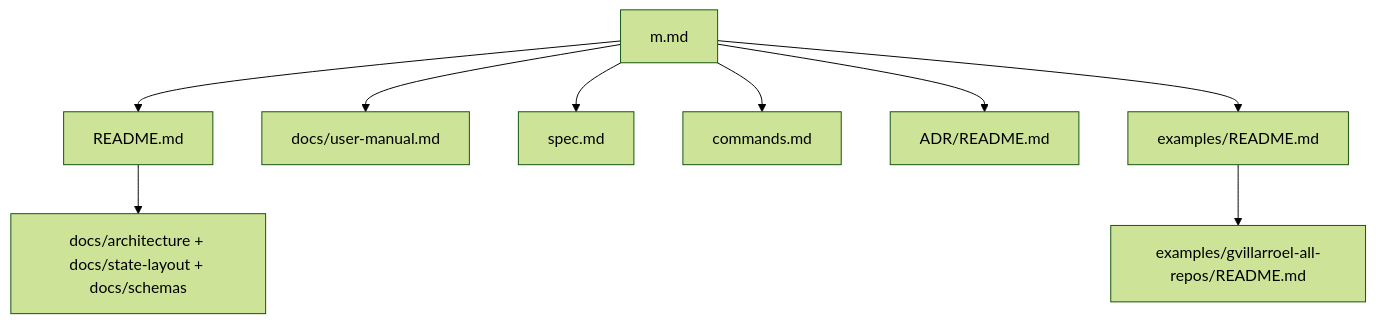
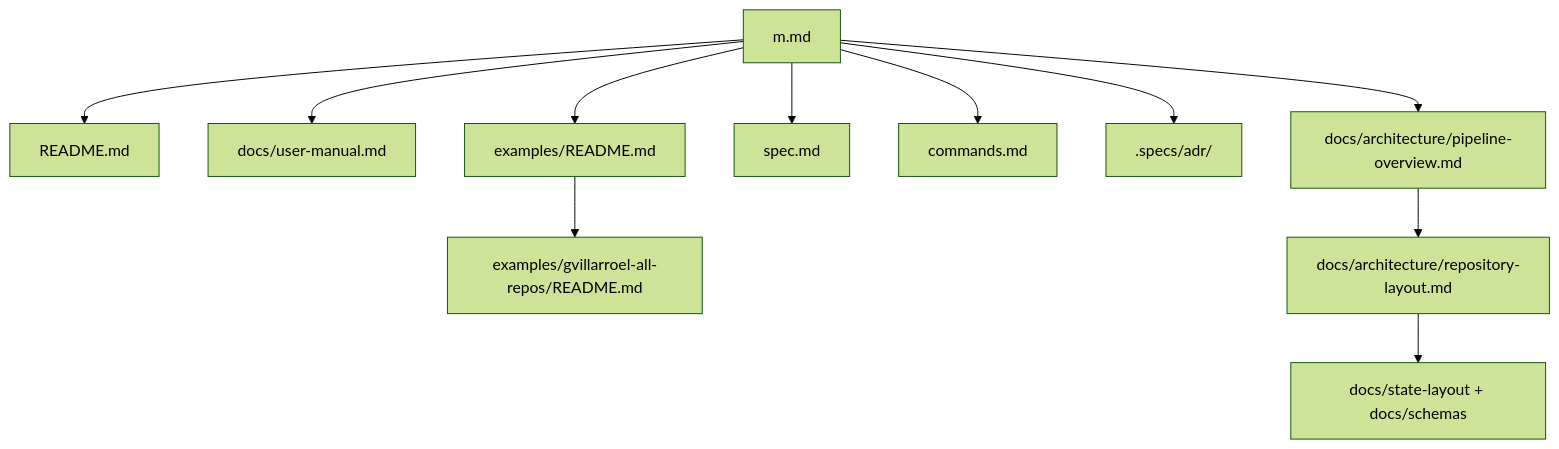
Before and after one commit to gvillarroel/pulse: the diagram in m.md, drawn with Mermaid (forest theme). The commit also changed other lines of this file and 5 other files, not shown here.

````diff
--- a/m.md
+++ b/m.md
@@ -32,11 +34,13 @@
 ```mermaid
 flowchart TD
     M["m.md"] --> R["README.md"]
     M --> U["docs/user-manual.md"]
+    M --> P["docs/architecture/pipeline-overview.md"]
     M --> S["spec.md"]
     M --> C["commands.md"]
-    M --> A["ADR/README.md"]
+    M --> A[".specs/adr/"]
     M --> X["examples/README.md"]
     X --> G["examples/gvillarroel-all-repos/README.md"]
-    R --> D["docs/architecture + docs/state-layout + docs/schemas"]
+    P --> D["docs/architecture/repository-layout.md"]
+    D --> T["docs/state-layout + docs/schemas"]
 ```
````
